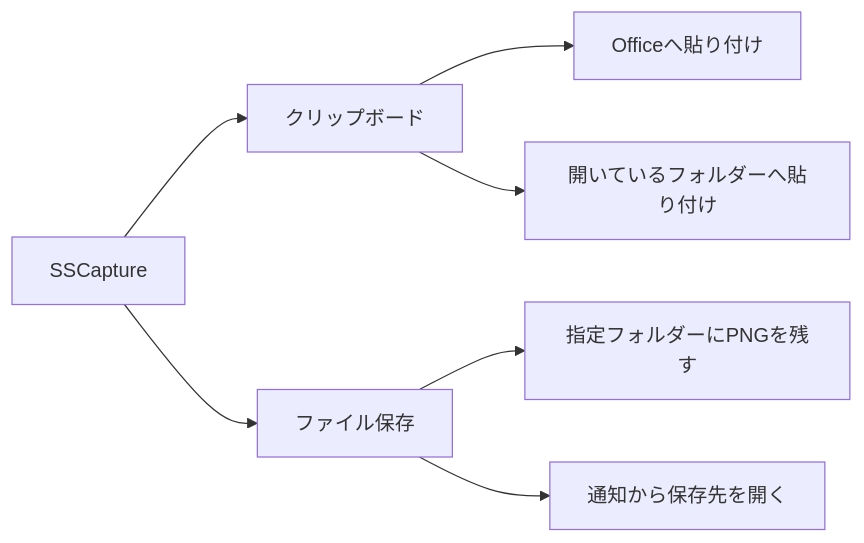
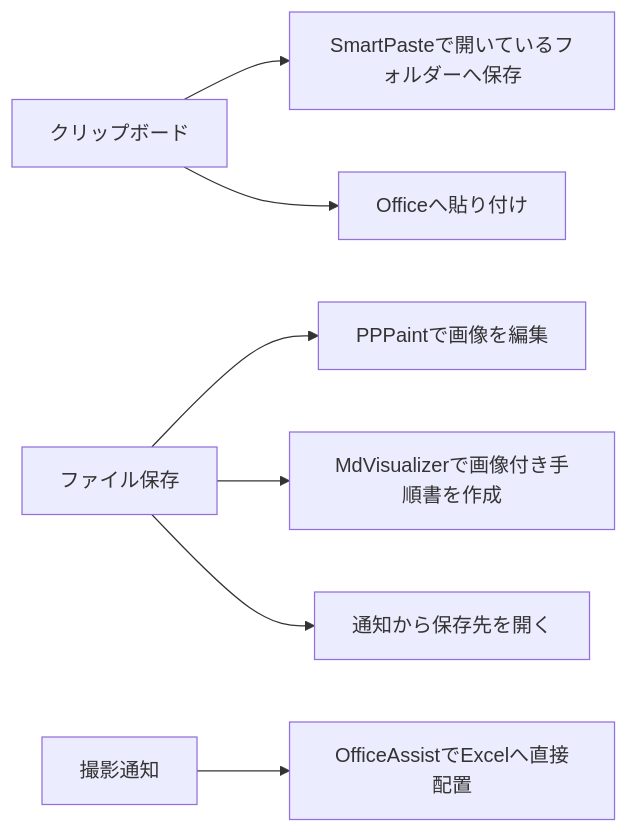
The second of 2 diagrams in README.md (KotorinChunChun/SSCapture), drawn with Mermaid before and after one commit. The commit also changed other lines of this file, not shown here.

Commit message:
活用フロー図を出力先と連携アプリの用途に合わせる

````diff
--- a/README.md
+++ b/README.md
@@ -21,9 +20,9 @@
 ```mermaid
 flowchart LR
-    capture["SSCapture"] --> clipboard["クリップボード"]
-    capture --> file["ファイル保存"]
+    clipboard["クリップボード"] --> currentFolder["SmartPasteで開いているフォルダーへ保存"]
     clipboard --> office["Officeへ貼り付け"]
-    clipboard --> currentFolder["開いているフォルダーへ貼り付け"]
-    file --> destination["指定フォルダーにPNGを残す"]
+    file["ファイル保存"] --> editor["PPPaintで画像を編集"]
+    file --> manual["MdVisualizerで画像付き手順書を作成"]
     file --> openFolder["通知から保存先を開く"]
+    notice["撮影通知"] --> excel["OfficeAssistでExcelへ直接配置"]
 ```
````
